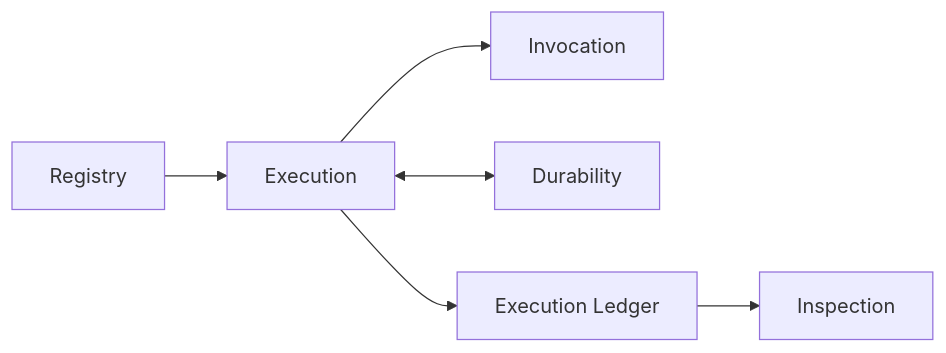
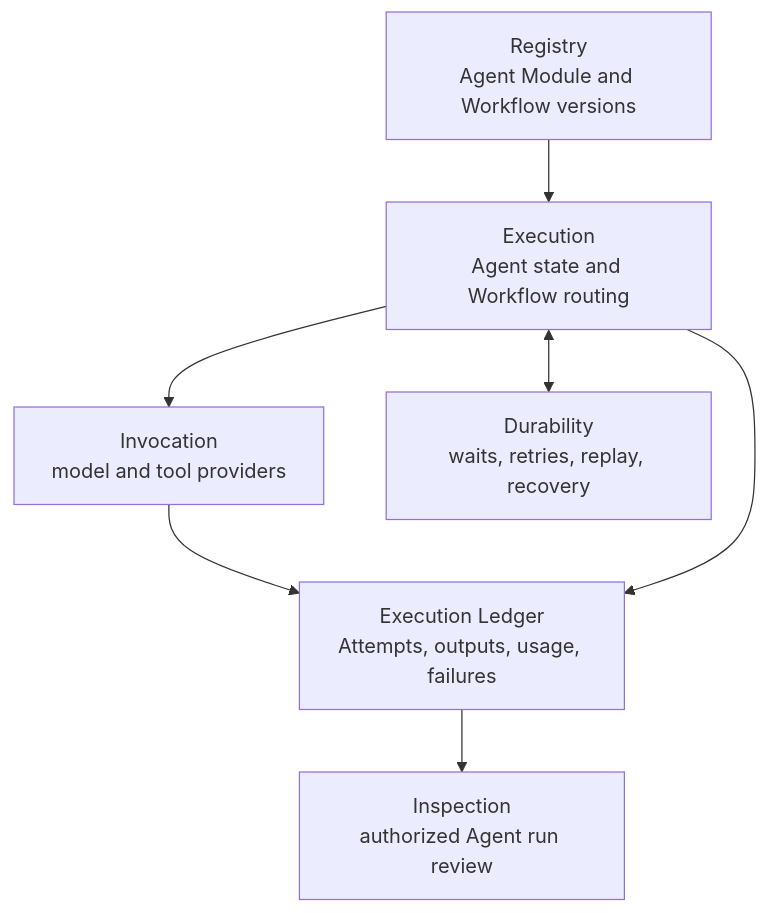
Before and after one commit to bobaoai/agent_runtime: the second of 5 diagrams in README.md, drawn with Mermaid. The commit also changed other lines of this file and 1 other file, not shown here.

Commit message:
docs: make agent lifecycle central in runtime diagrams

````diff
--- a/README.md
+++ b/README.md
@@ -27,8 +57,9 @@
 ```mermaid
-flowchart LR
-    REGISTRY["Registry"] --> EXECUTION["Execution"]
-    EXECUTION --> INVOCATION["Invocation"]
-    EXECUTION <--> DURABILITY["Durability"]
-    EXECUTION --> LEDGER["Execution Ledger"]
-    LEDGER --> INSPECTION["Inspection"]
+flowchart TB
+    REGISTRY["Registry<br/>Agent Module and Workflow versions"] --> EXECUTION["Execution<br/>Agent state and Workflow routing"]
+    EXECUTION --> INVOCATION["Invocation<br/>model and tool providers"]
+    EXECUTION <--> DURABILITY["Durability<br/>waits, retries, replay, recovery"]
+    INVOCATION --> LEDGER["Execution Ledger<br/>Attempts, outputs, usage, failures"]
+    EXECUTION --> LEDGER
+    LEDGER --> INSPECTION["Inspection<br/>authorized Agent run review"]
 ```
````
